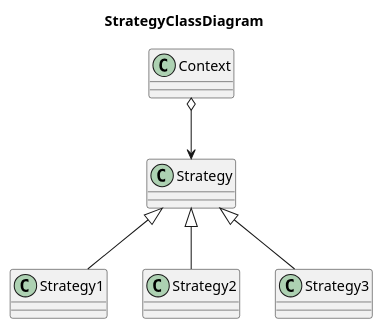
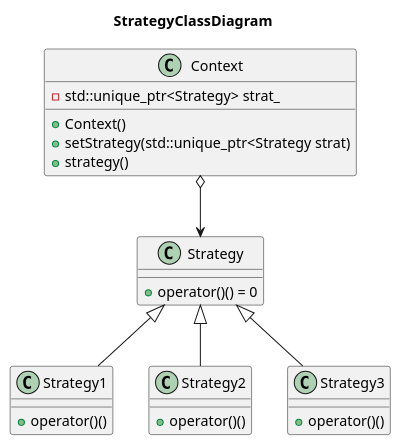
The diagram in docs/src/classdiagram.plantuml (LuMoehlenkamp/gitTest), drawn with PlantUML before and after one commit. The commit also changed 1 other file, not shown here.

Commit message:
updated class diagram

```diff
--- a/docs/src/classdiagram.plantuml
+++ b/docs/src/classdiagram.plantuml
@@ -1,15 +1,29 @@
 @startuml 
 title StrategyClassDiagram
 
-class Strategy 
-class Strategy1
-class Strategy2
-class Strategy3
-class Context
+class Strategy {
+  + operator()() = 0
+}
+
+class Strategy1 {
+  + operator()()
+}
+class Strategy2 {
+  + operator()()
+}
+class Strategy3 {
+  + operator()()
+}
+class Context {
+  - std::unique_ptr<Strategy> strat_
+  + Context()
+  + setStrategy(std::unique_ptr<Strategy strat)
+  + strategy()
+}
 
 Context o--> Strategy
 Strategy <|-- Strategy1
 Strategy <|-- Strategy2
 Strategy <|-- Strategy3
 
 @enduml
```
